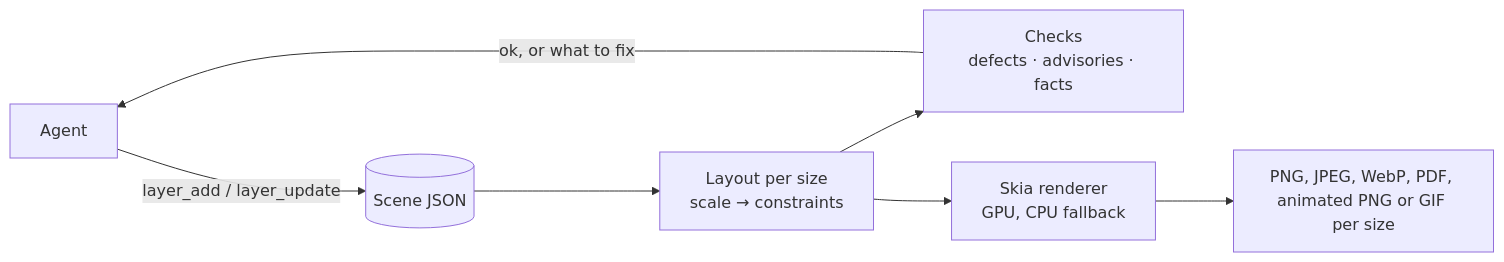
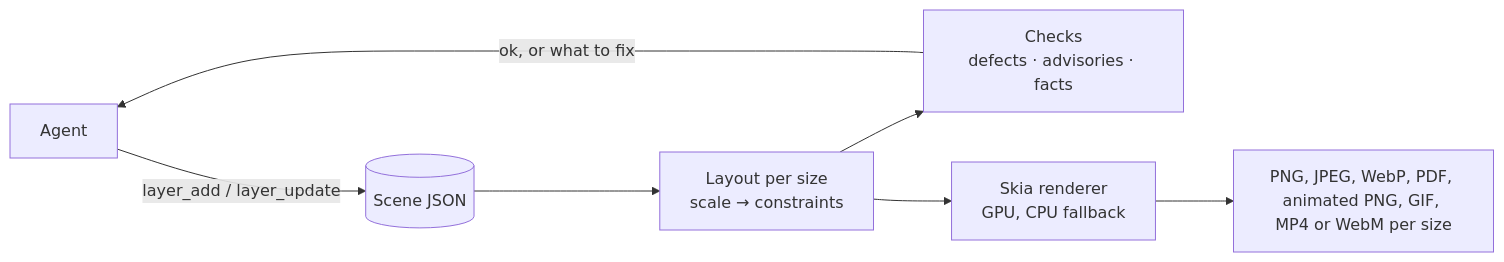
One commit to keyline-dev/keyline changed the diagram in README.md. Above: the diagram before and after it, drawn with Mermaid. The commit also changed other lines of this file and 37 other files, not shown here.

````diff
--- a/README.md
+++ b/README.md
@@ -36,9 +36,9 @@
 ```mermaid
 flowchart LR
     A[Agent] -- "layer_add / layer_update" --> S[(Scene JSON)]
     S --> L["Layout per size<br/>scale → constraints"]
     L --> C["Checks<br/>defects · advisories · facts"]
     C -- "ok, or what to fix" --> A
     L --> R["Skia renderer<br/>GPU, CPU fallback"]
-    R --> P["PNG, JPEG, WebP, PDF, animated PNG or GIF per size"]
+    R --> P["PNG, JPEG, WebP, PDF, animated PNG, GIF, MP4 or WebM per size"]
 ```
````
